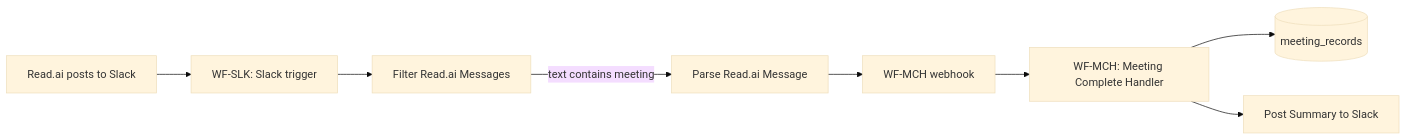
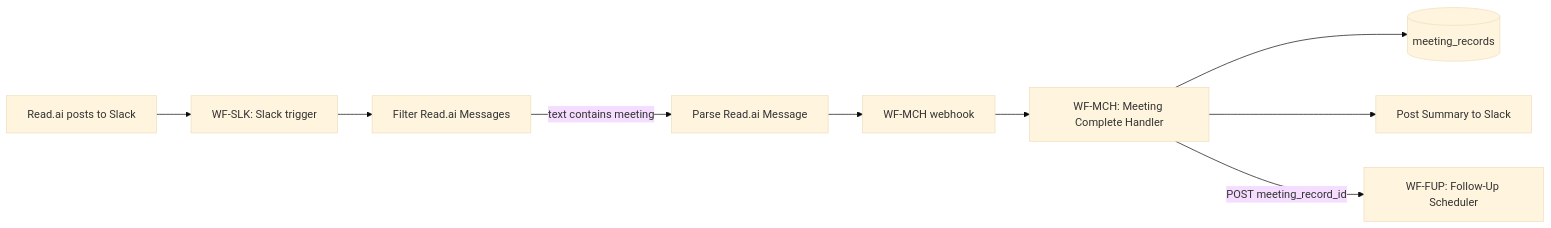
One commit to vsillah/Portfolio changed the diagram in docs/meeting-follow-up-communications-guide.md. Above: the diagram before and after it, drawn with Mermaid (base theme). The commit also changed other lines of this file and 2 other files, not shown here.

First line of the commit message:
docs: update meeting follow-up guide, SOP, and plan for WF-FUP + WF-GDR

````diff
--- a/docs/meeting-follow-up-communications-guide.md
+++ b/docs/meeting-follow-up-communications-guide.md
@@ -22,18 +22,20 @@
 ```mermaid
 flowchart LR
   ReadAI[Read.ai posts to Slack]
   SlackTrigger[WF-SLK: Slack trigger]
   Filter[Filter Read.ai Messages]
   Parse[Parse Read.ai Message]
   MCHWebhook[WF-MCH webhook]
   MCH[WF-MCH: Meeting Complete Handler]
   SlackSummary[Post Summary to Slack]
   MeetingRecords[(meeting_records)]
+  FUP[WF-FUP: Follow-Up Scheduler]
   ReadAI --> SlackTrigger
   SlackTrigger --> Filter
   Filter -->|text contains meeting| Parse
   Parse --> MCHWebhook
   MCHWebhook --> MCH
   MCH --> MeetingRecords
   MCH --> SlackSummary
+  MCH -->|"POST meeting_record_id"| FUP
 ```
````
